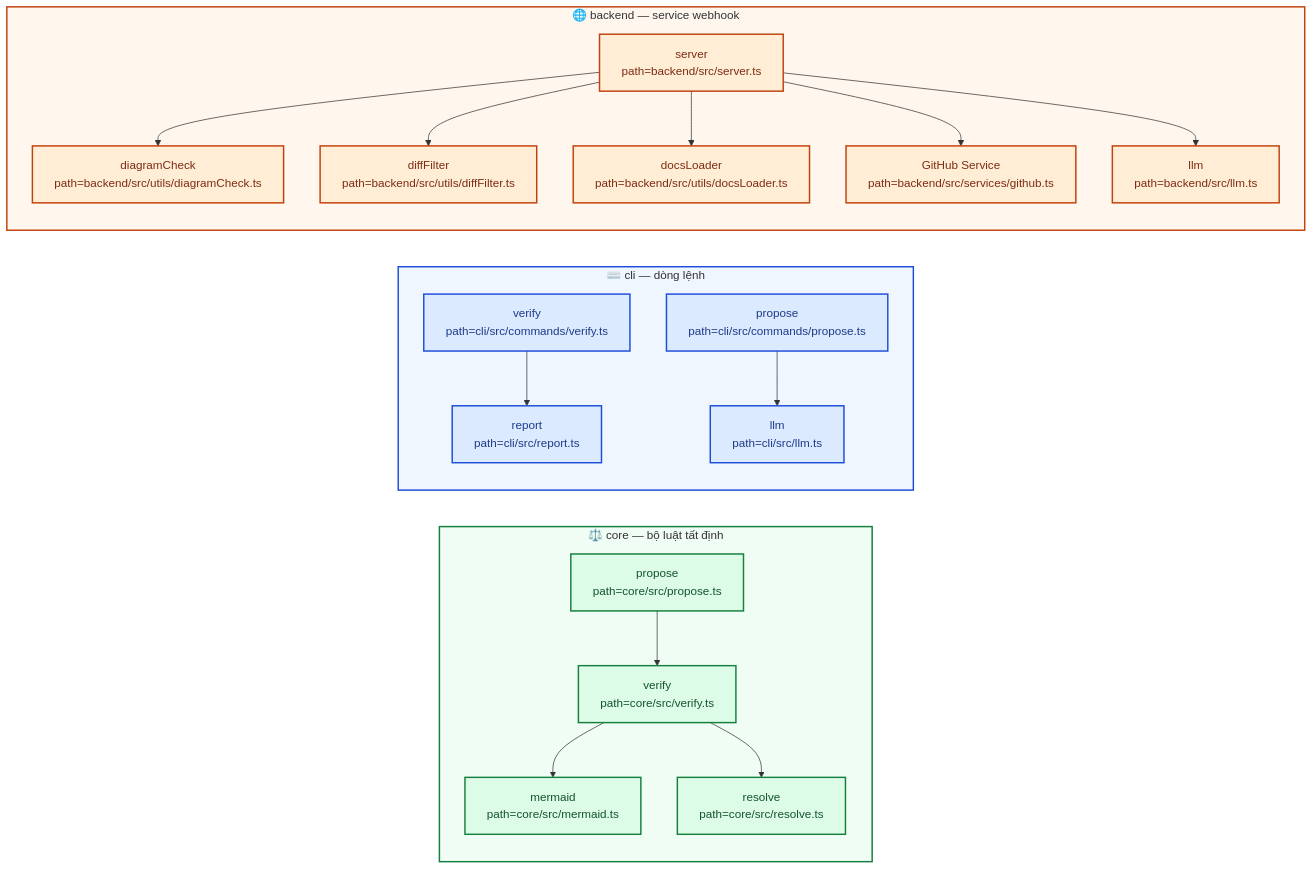
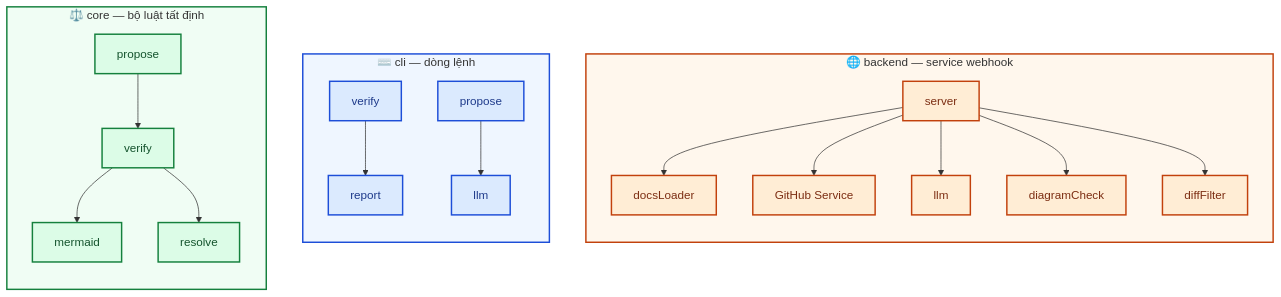
Before and after one commit to Tuandude/Aider: the first of 2 diagrams in README.md, drawn with Mermaid. The commit also changed other lines of this file and 6 other files, not shown here.

First line of the commit message:
feat(core): declare node paths in %% comments instead of labels

````diff
--- a/README.md
+++ b/README.md
@@ -8,44 +8,64 @@
 ```mermaid
-flowchart LR
-  subgraph CORE["⚖️ core — bộ luật tất định"]
-    VERIFY["verify<br/>path=core/src/verify.ts"]
-    MERMAID["mermaid<br/>path=core/src/mermaid.ts"]
-    RESOLVE["resolve<br/>path=core/src/resolve.ts"]
-    PROPOSE["propose<br/>path=core/src/propose.ts"]
+flowchart TD
+  %% Mermaid xếp các nhóm rời nhau theo thứ tự khai báo từ phải sang trái, nên backend
+  %% đứng đầu trong nguồn để hình đọc từ trái sang phải là core -> cli -> backend.
+  subgraph BACKEND["🌐 backend — service webhook"]
+    direction TB
+    SERVER["server"]
+    DOCS_LOADER["docsLoader"]
+    GITHUB_SVC["GitHub Service"]
+    LLM_BACKEND["llm"]
+    DIAGRAM_CHECK["diagramCheck"]
+    DIFF_FILTER["diffFilter"]
+    SERVER --> DOCS_LOADER & GITHUB_SVC & LLM_BACKEND & DIAGRAM_CHECK & DIFF_FILTER
   end
 
   subgraph CLI["⌨️ cli — dòng lệnh"]
-    CMD_VERIFY["verify<br/>path=cli/src/commands/verify.ts"]
-    CMD_PROPOSE["propose<br/>path=cli/src/commands/propose.ts"]
-    LLM_CLI["llm<br/>path=cli/src/llm.ts"]
-    REPORT["report<br/>path=cli/src/report.ts"]
+    direction TB
+    CMD_VERIFY["verify"]
+    REPORT["report"]
+    CMD_PROPOSE["propose"]
+    LLM_CLI["llm"]
+    CMD_VERIFY --> REPORT
+    CMD_PROPOSE --> LLM_CLI
   end
 
-  subgraph BACKEND["🌐 backend — service webhook"]
-    SERVER["server<br/>path=backend/src/server.ts"]
-    DIAGRAM_CHECK["diagramCheck<br/>path=backend/src/utils/diagramCheck.ts"]
-    DIFF_FILTER["diffFilter<br/>path=backend/src/utils/diffFilter.ts"]
-    DOCS_LOADER["docsLoader<br/>path=backend/src/utils/docsLoader.ts"]
-    GITHUB_SVC["GitHub Service<br/>path=backend/src/services/github.ts"]
-    LLM_BACKEND["llm<br/>path=backend/src/llm.ts"]
+  subgraph CORE["⚖️ core — bộ luật tất định"]
+    direction TB
+    PROPOSE["propose"]
+    VERIFY["verify"]
+    MERMAID["mermaid"]
+    RESOLVE["resolve"]
+    PROPOSE --> VERIFY
+    VERIFY --> MERMAID & RESOLVE
   end
-
-  VERIFY --> MERMAID & RESOLVE
-  PROPOSE --> VERIFY
-  CMD_VERIFY --> REPORT
-  CMD_PROPOSE --> LLM_CLI
-  SERVER --> DIAGRAM_CHECK & DIFF_FILTER & DOCS_LOADER & GITHUB_SVC & LLM_BACKEND
 
   classDef core fill:#dcfce7,stroke:#15803d,stroke-width:2px,color:#14532d
   classDef cli fill:#dbeafe,stroke:#1d4ed8,stroke-width:2px,color:#1e3a8a
   classDef backend fill:#ffedd5,stroke:#c2410c,stroke-width:2px,color:#7c2d12
-  class VERIFY,MERMAID,RESOLVE,PROPOSE core
-  class CMD_VERIFY,CMD_PROPOSE,LLM_CLI,REPORT cli
-  class SERVER,DIAGRAM_CHECK,DIFF_FILTER,DOCS_LOADER,GITHUB_SVC,LLM_BACKEND backend
+  class PROPOSE,VERIFY,MERMAID,RESOLVE core
+  class CMD_VERIFY,REPORT,CMD_PROPOSE,LLM_CLI cli
+  class SERVER,DOCS_LOADER,GITHUB_SVC,LLM_BACKEND,DIAGRAM_CHECK,DIFF_FILTER backend
   style CORE fill:#f0fdf4,stroke:#15803d,stroke-width:2px
   style CLI fill:#eff6ff,stroke:#1d4ed8,stroke-width:2px
   style BACKEND fill:#fff7ed,stroke:#c2410c,stroke-width:2px
 
+  %% Mỗi dòng dưới đây gắn một node với file nguồn của nó. Chú thích không được vẽ ra
+  %% hình, nên sơ đồ chỉ hiện tên; bộ kiểm chứng vẫn đọc được đường dẫn.
   %% Mỗi cạnh là một import thật trong mã nguồn; không có cạnh nào do suy đoán.
   %% Ba khối rời nhau vì core/cli/backend không import lẫn nhau bằng đường dẫn tương đối.
+  %% path PROPOSE=core/src/propose.ts
+  %% path VERIFY=core/src/verify.ts
+  %% path MERMAID=core/src/mermaid.ts
+  %% path RESOLVE=core/src/resolve.ts
+  %% path CMD_VERIFY=cli/src/commands/verify.ts
+  %% path REPORT=cli/src/report.ts
+  %% path CMD_PROPOSE=cli/src/commands/propose.ts
+  %% path LLM_CLI=cli/src/llm.ts
+  %% path SERVER=backend/src/server.ts
+  %% path DOCS_LOADER=backend/src/utils/docsLoader.ts
+  %% path GITHUB_SVC=backend/src/services/github.ts
+  %% path LLM_BACKEND=backend/src/llm.ts
+  %% path DIAGRAM_CHECK=backend/src/utils/diagramCheck.ts
+  %% path DIFF_FILTER=backend/src/utils/diffFilter.ts
 ```
````
